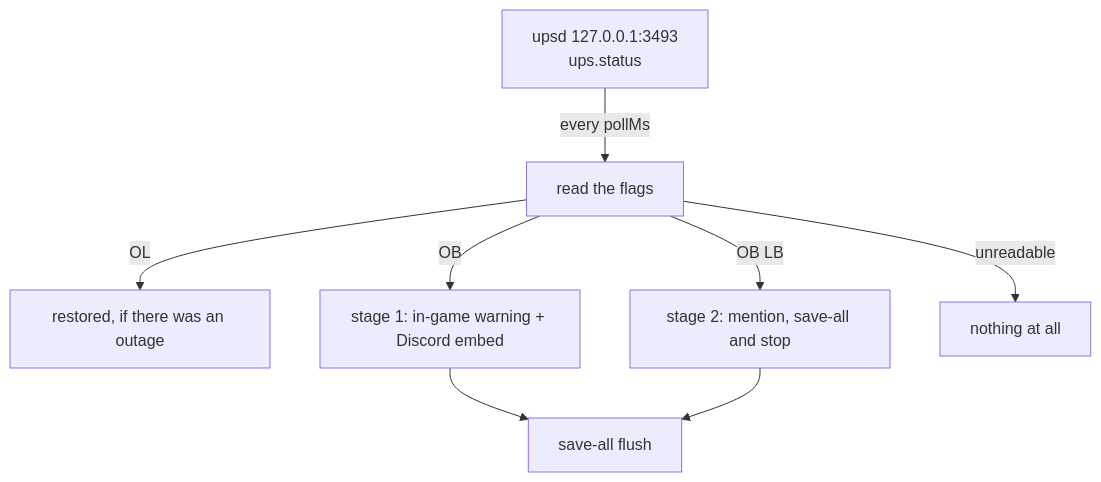
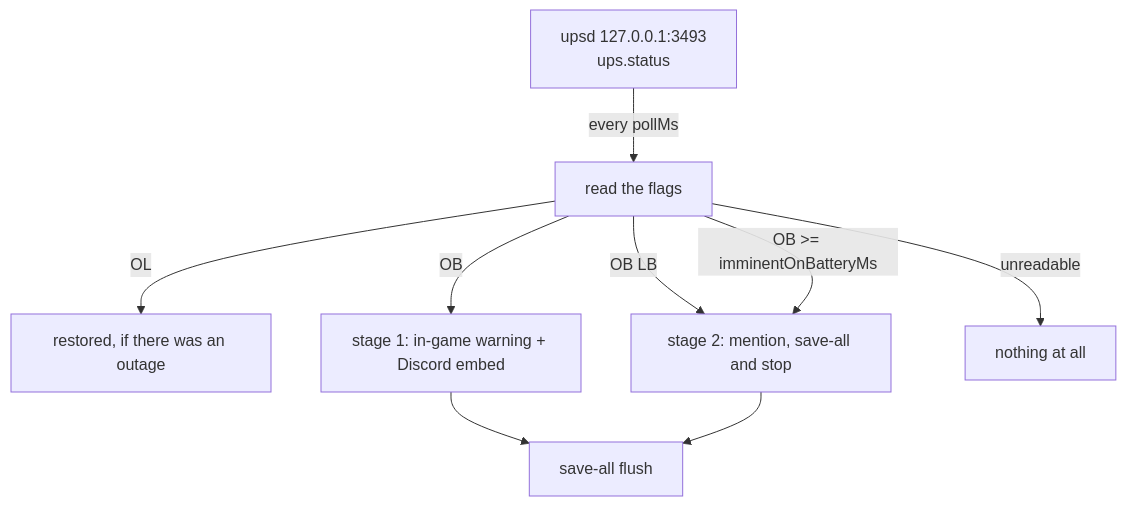
Before and after one commit to neyzerth/gameap-discord: the diagram in docs/power.md, drawn with Mermaid. The commit also changed other lines of this file and 5 other files, not shown here.

````diff
--- a/docs/power.md
+++ b/docs/power.md
@@ -22,10 +27,11 @@
 ```mermaid
 flowchart TD
   NUT["upsd 127.0.0.1:3493<br/>ups.status"] -->|every pollMs| READ["read the flags"]
   READ -->|"OL"| RESTORE["restored, if there was an outage"]
   READ -->|"OB"| STAGE1["stage 1: in-game warning + Discord embed"]
   READ -->|"OB LB"| STAGE2["stage 2: mention, save-all and stop"]
+  READ -->|"OB >= imminentOnBatteryMs"| STAGE2
   READ -->|"unreadable"| SILENT["nothing at all"]
   STAGE1 --> SAVE["save-all flush"]
   STAGE2 --> SAVE
 ```
````
